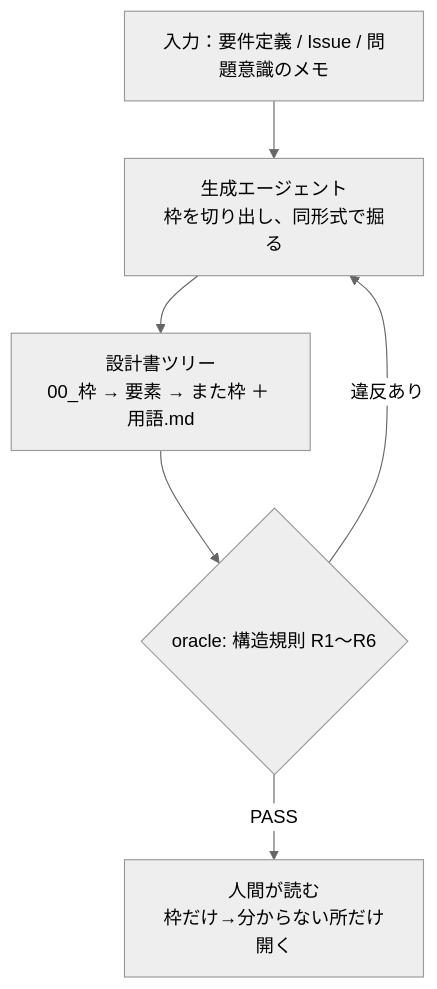
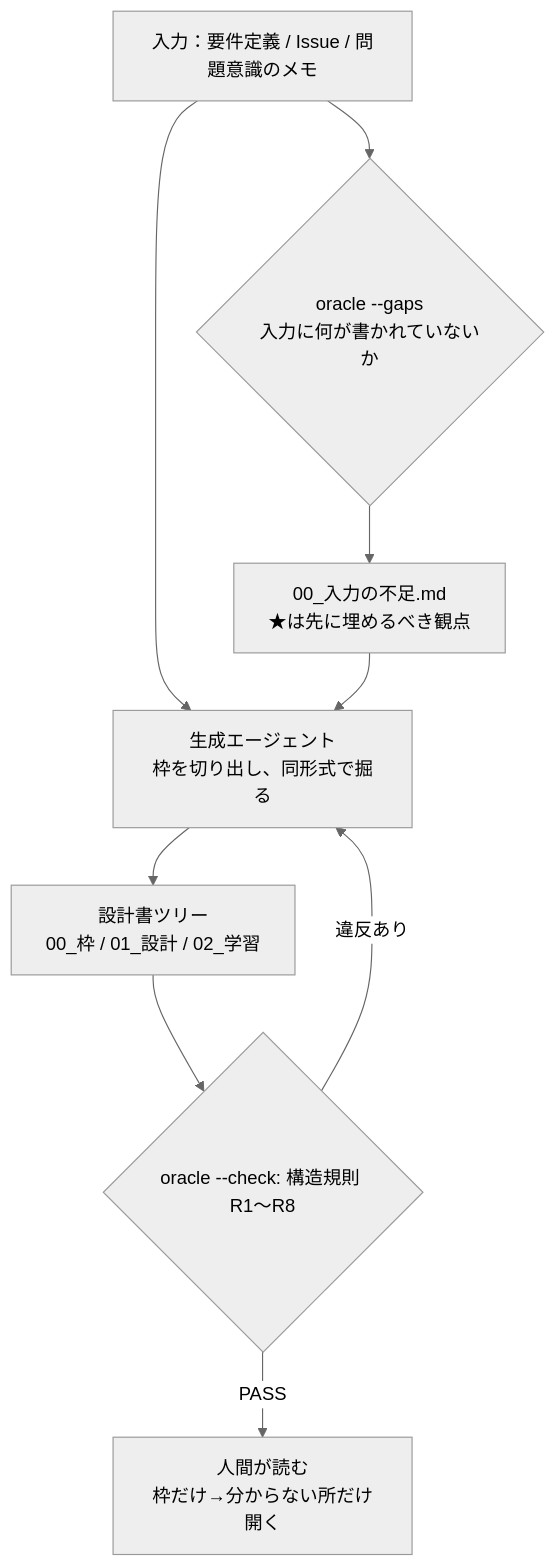
One commit to hatohato-lab/fractal-spec-agent changed the diagram in README.md. Above: the diagram before and after it, drawn with Mermaid. The commit also changed other lines of this file and 96 other files, not shown here.

````diff
--- a/README.md
+++ b/README.md
@@ -44,9 +82,12 @@
 ```mermaid
 %%{init: {'theme':'neutral'}}%%
 flowchart TD
-  A["入力：要件定義 / Issue / 問題意識のメモ"] --> G["生成エージェント<br/>枠を切り出し、同形式で掘る"]
-  G --> D["設計書ツリー<br/>00_枠 → 要素 → また枠 ＋ 用語.md"]
-  D --> O{"oracle: 構造規則 R1〜R6"}
+  A["入力：要件定義 / Issue / 問題意識のメモ"] --> N{"oracle --gaps<br/>入力に何が書かれていないか"}
+  N --> P["00_入力の不足.md<br/>★は先に埋めるべき観点"]
+  A --> G["生成エージェント<br/>枠を切り出し、同形式で掘る"]
+  P --> G
+  G --> D["設計書ツリー<br/>00_枠 / 01_設計 / 02_学習"]
+  D --> O{"oracle --check: 構造規則 R1〜R8"}
   O -->|"違反あり"| G
   O -->|"PASS"| H["人間が読む<br/>枠だけ→分からない所だけ開く"]
 ```
````
